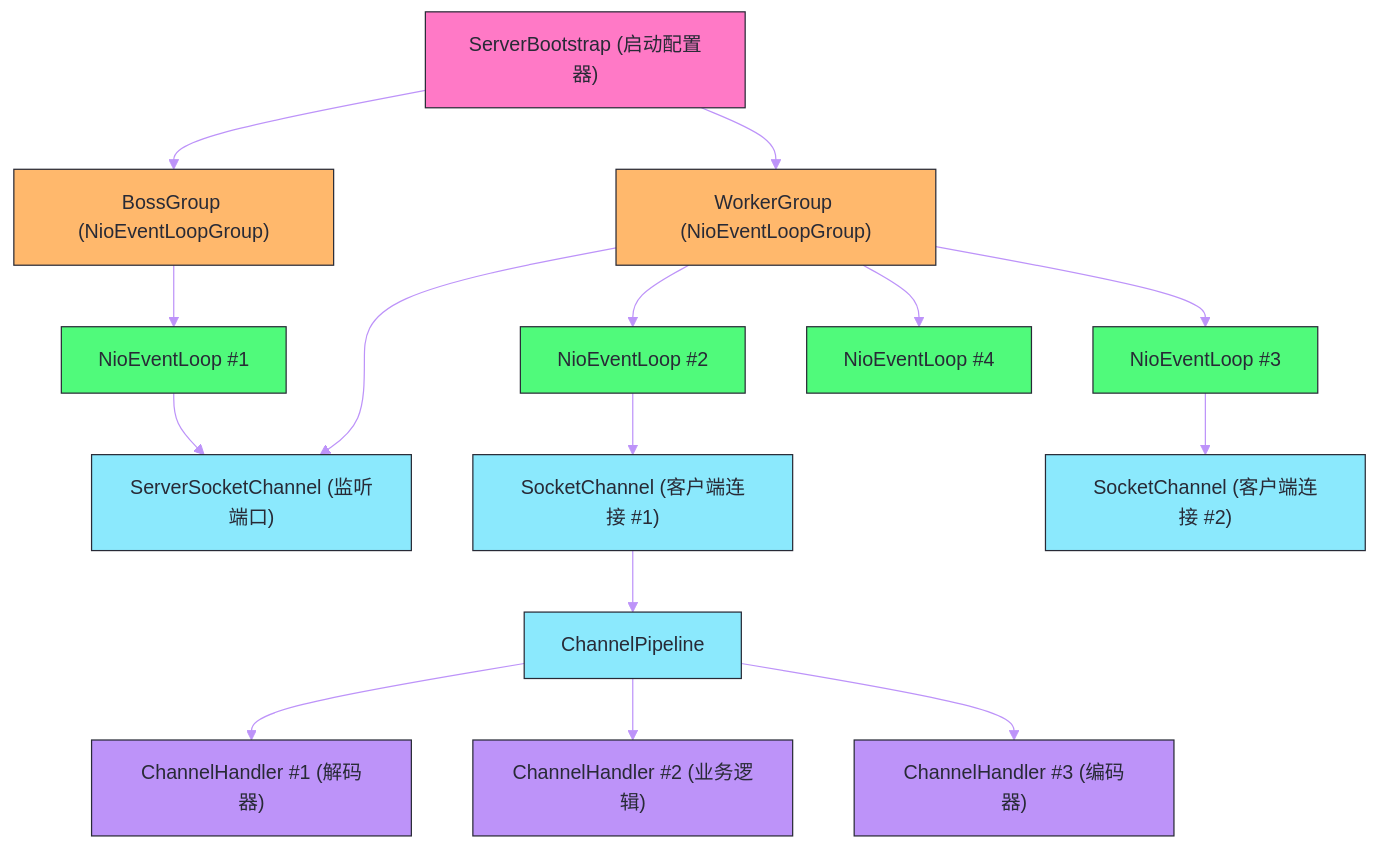
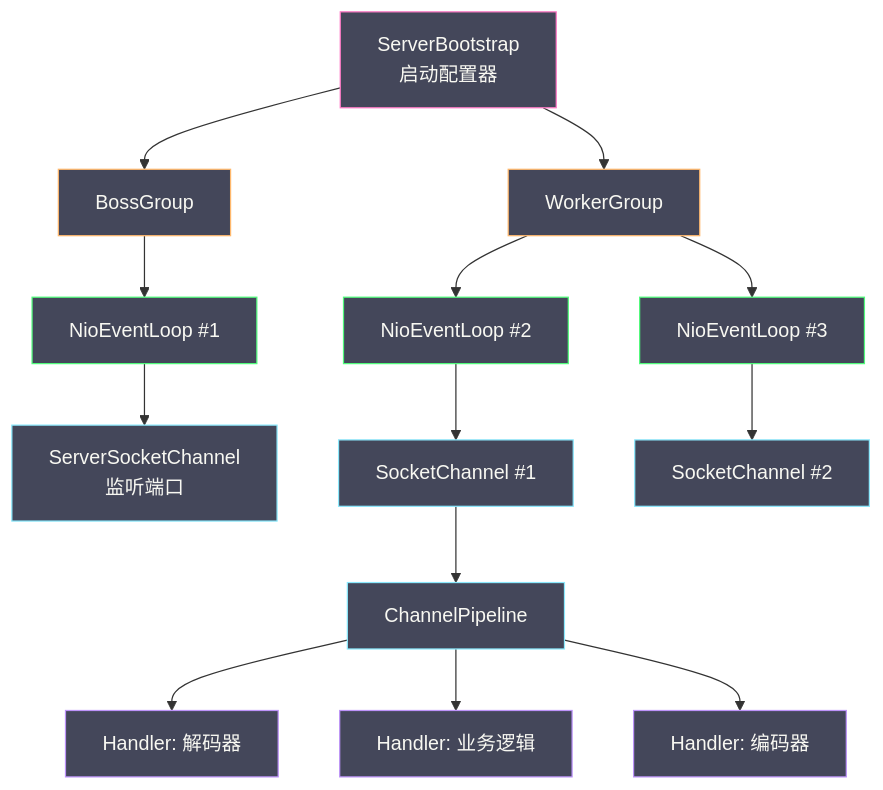
The second of 4 diagrams in content/Java/Netty/02 Netty全局架构——从BossGroup到ChannelPipeline.md (hpliStartAgain/my-brain), drawn with Mermaid before and after one commit. The commit also changed other lines of this file and 15 other files, not shown here.

````diff
--- a/content/Java/Netty/02 Netty全局架构——从BossGroup到ChannelPipeline.md
+++ b/content/Java/Netty/02 Netty全局架构——从BossGroup到ChannelPipeline.md
@@ -128,39 +119,36 @@
 ```mermaid
-%%{init: {'theme': 'base', 'themeVariables': {'primaryColor': '#6272a4', 'primaryTextColor': '#f8f8f2', 'primaryBorderColor': '#44475a', 'lineColor': '#bd93f9', 'secondaryColor': '#44475a', 'background': '#282a36', 'mainBkg': '#44475a', 'nodeBorder': '#6272a4', 'titleColor': '#f8f8f2', 'fontFamily': 'monospace'}}}%%
+%%{init: {'theme': 'dracula'}}%%
 graph TD
-    classDef bootstrap fill:#ff79c6,stroke:#282a36,color:#282a36
-    classDef group fill:#ffb86c,stroke:#282a36,color:#282a36
-    classDef loop fill:#50fa7b,stroke:#282a36,color:#282a36
-    classDef channel fill:#8be9fd,stroke:#282a36,color:#282a36
-    classDef handler fill:#bd93f9,stroke:#282a36,color:#282a36
+    classDef bootstrap fill:#44475a,stroke:#ff79c6,color:#f8f8f2
+    classDef group fill:#44475a,stroke:#ffb86c,color:#f8f8f2
+    classDef loop fill:#44475a,stroke:#50fa7b,color:#f8f8f2
+    classDef channel fill:#44475a,stroke:#8be9fd,color:#f8f8f2
+    classDef handler fill:#44475a,stroke:#bd93f9,color:#f8f8f2
 
-    A["ServerBootstrap (启动配置器)"]:::bootstrap
-    B["BossGroup (NioEventLoopGroup)"]:::group
-    C["WorkerGroup (NioEventLoopGroup)"]:::group
+    A["ServerBootstrap<br/>启动配置器"]:::bootstrap
+    B["BossGroup"]:::group
+    C["WorkerGroup"]:::group
     D["NioEventLoop #1"]:::loop
     E["NioEventLoop #2"]:::loop
     F["NioEventLoop #3"]:::loop
-    G["NioEventLoop #4"]:::loop
-    H["ServerSocketChannel (监听端口)"]:::channel
-    I["SocketChannel (客户端连接 #1)"]:::channel
-    J["SocketChannel (客户端连接 #2)"]:::channel
+    H["ServerSocketChannel<br/>监听端口"]:::channel
+    I["SocketChannel #1"]:::channel
+    J["SocketChannel #2"]:::channel
     K["ChannelPipeline"]:::channel
-    L["ChannelHandler #1 (解码器)"]:::handler
-    M["ChannelHandler #2 (业务逻辑)"]:::handler
-    N["ChannelHandler #3 (编码器)"]:::handler
+    L["Handler: 解码器"]:::handler
+    M["Handler: 业务逻辑"]:::handler
+    N["Handler: 编码器"]:::handler
 
     A --> B
     A --> C
     B --> D
     C --> E
     C --> F
-    C --> G
-    C --> H
     D --> H
     E --> I
     F --> J
     I --> K
     K --> L
     K --> M
     K --> N
 ```
````
